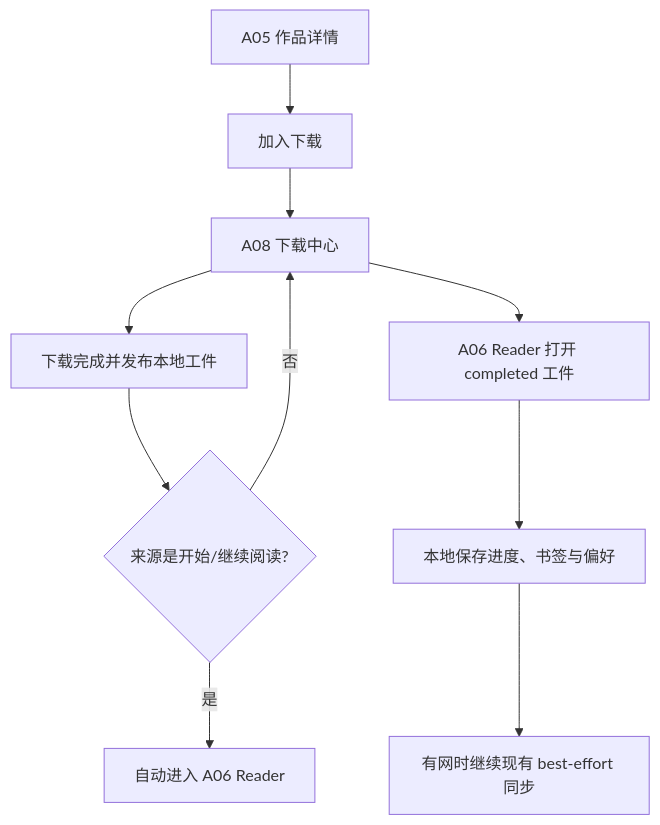
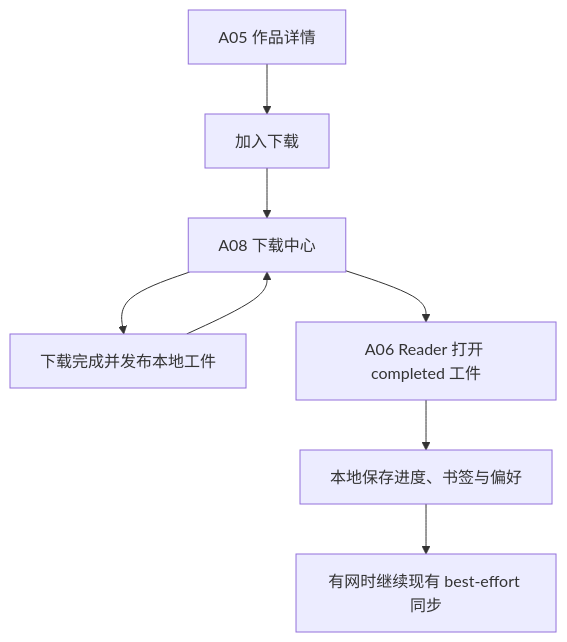
The sixth of 7 diagrams in docs/mobile-app-phase-3-user-flows-and-wireframes.md (GMD170629/ermao-library), drawn with Mermaid before and after one commit. The commit also changed other lines of this file and 42 other files, not shown here.

````diff
--- a/docs/mobile-app-phase-3-user-flows-and-wireframes.md
+++ b/docs/mobile-app-phase-3-user-flows-and-wireframes.md
@@ -277,12 +277,10 @@
 ```mermaid
 flowchart TD
     Detail["A05 作品详情"] --> Queue["加入下载"]
     Queue --> Center["A08 下载中心"]
     Center --> Complete["下载完成并发布本地工件"]
-    Complete --> Intent{"来源是开始/继续阅读?"}
-    Intent -- "是" --> ReaderReady["自动进入 A06 Reader"]
-    Intent -- "否" --> Center
+    Complete --> Center
     Center --> Reader["A06 Reader 打开 completed 工件"]
     Reader --> Local["本地保存进度、书签与偏好"]
     Local --> Sync["有网时继续现有 best-effort 同步"]
 ```
````
